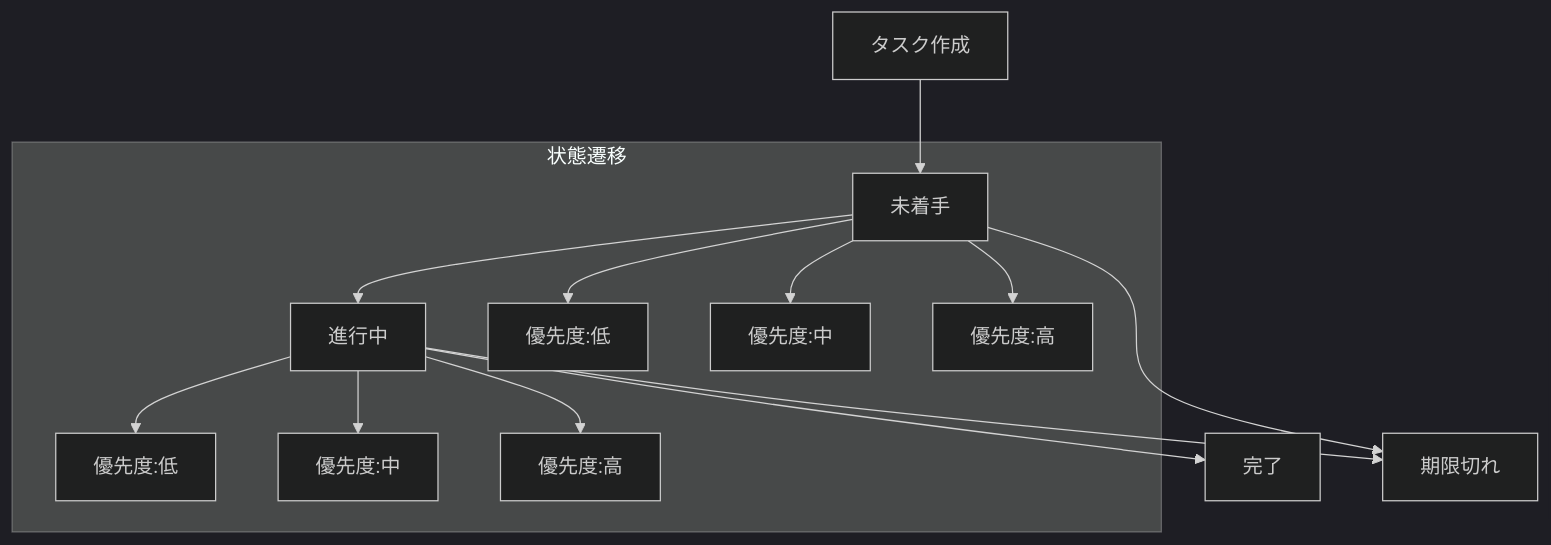
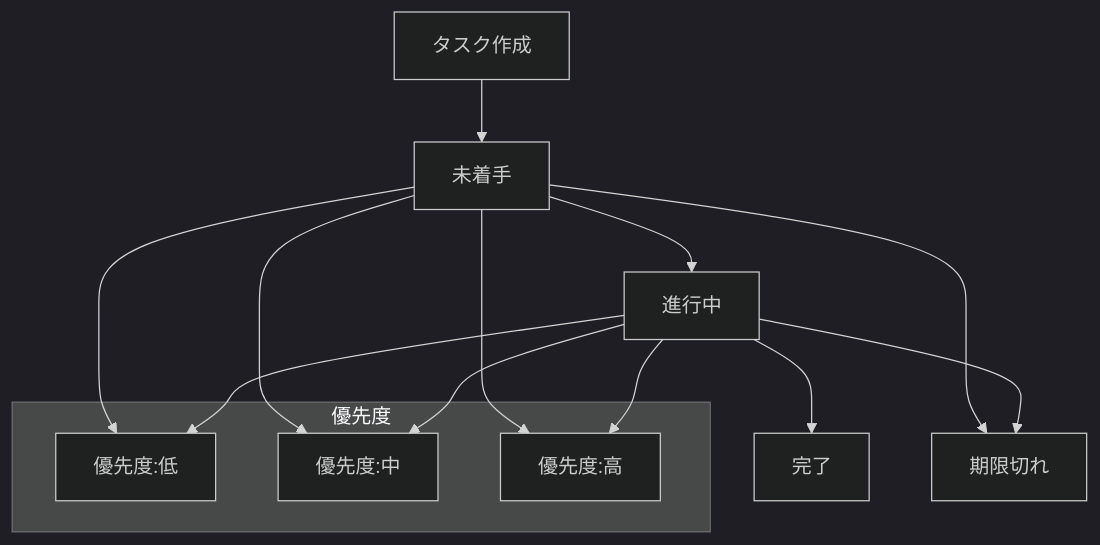
Before and after one commit to YL08140921/Task-Manager-for-Slack-bot: the diagram in docs/components/task.md, drawn with Mermaid (dark theme). The commit also changed other lines of this file, not shown here.

Commit message:
TaskModelのdocs-修正

````diff
--- a/docs/components/task.md
+++ b/docs/components/task.md
@@ -527,19 +527,23 @@
 ```mermaid
 graph TD
     A[タスク作成] --> B[未着手]
     B --> C[進行中]
     C --> D[完了]
     
     B --> E[期限切れ]
     C --> E
     
-    subgraph "状態遷移"
-        B --> B1[優先度:低]
-        B --> B2[優先度:中]
-        B --> B3[優先度:高]
-        
-        C --> C1[優先度:低]
-        C --> C2[優先度:中]
-        C --> C3[優先度:高]
+    subgraph "優先度"
+        P1[優先度:低]
+        P2[優先度:中]
+        P3[優先度:高]
     end
+    
+    B --> P1
+    B --> P2
+    B --> P3
+    
+    C --> P1
+    C --> P2
+    C --> P3
 ```
````
